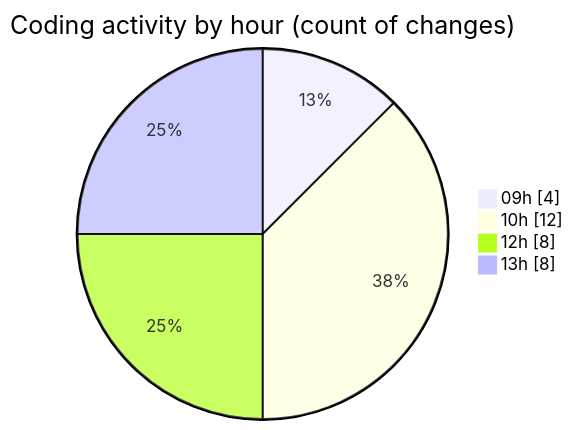
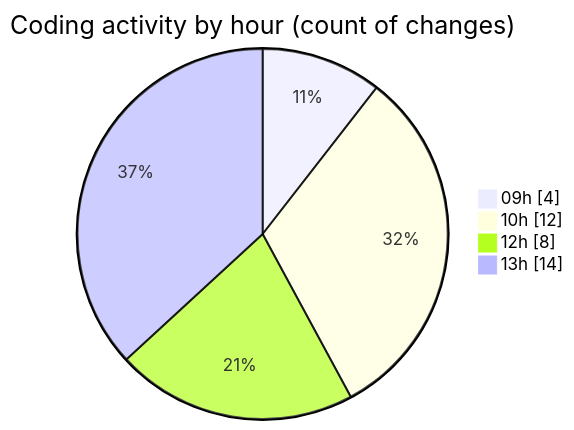
The second of 2 diagrams in 2025-05-19/nxtqube_webapp/README.md (nxtqubesakshisongat/code-tracking), drawn with Mermaid before and after one commit. The commit also changed other lines of this file and 1 other file, not shown here.

````diff
--- a/2025-05-19/nxtqube_webapp/README.md
+++ b/2025-05-19/nxtqube_webapp/README.md
@@ -35,8 +35,8 @@
 ```mermaid
 pie showData
 title Coding activity by hour (count of changes)
 "09h" : 4
 "10h" : 12
 "12h" : 8
-"13h" : 8
+"13h" : 14
 ```
````
